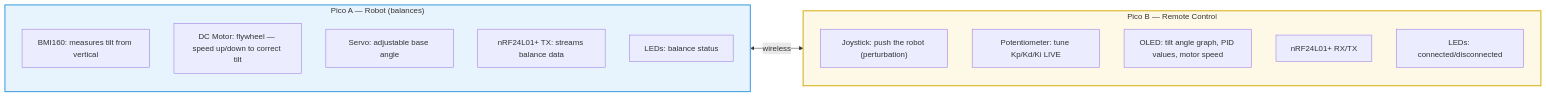
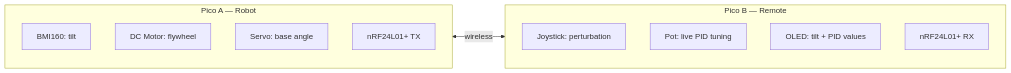
The fourth of 13 diagrams in docs/idea-shortlist-v2.md (doyun-gu/hack-a-bot-2026), drawn with Mermaid before and after one commit. The commit also changed other lines of this file and 3 other files, not shown here.

First line of the commit message:
Clean up diagrams + add EEE theory + ventilation application

````diff
--- a/docs/idea-shortlist-v2.md
+++ b/docs/idea-shortlist-v2.md
@@ -123,23 +113,18 @@
 ```mermaid
 graph LR
-    subgraph ROBOT["Pico A — Robot (balances)"]
-        R_IMU["BMI160: measures tilt from vertical"]
-        R_MOTOR["DC Motor: flywheel — speed up/down to correct tilt"]
-        R_SERVO["Servo: adjustable base angle"]
-        R_NRF["nRF24L01+ TX: streams balance data"]
-        R_LED["LEDs: balance status"]
+    subgraph ROBOT["Pico A — Robot"]
+        R1[BMI160: tilt]
+        R2[DC Motor: flywheel]
+        R3[Servo: base angle]
+        R4[nRF24L01+ TX]
     end
 
-    subgraph REMOTE["Pico B — Remote Control"]
-        C_JOY["Joystick: push the robot (perturbation)"]
-        C_POT["Potentiometer: tune Kp/Kd/Ki LIVE"]
-        C_OLED["OLED: tilt angle graph, PID values, motor speed"]
-        C_NRF["nRF24L01+ RX/TX"]
-        C_LED["LEDs: connected/disconnected"]
+    subgraph REMOTE["Pico B — Remote"]
+        C1[Joystick: perturbation]
+        C2[Pot: live PID tuning]
+        C3[OLED: tilt + PID values]
+        C4[nRF24L01+ RX]
     end
 
-    ROBOT <-->|"wireless"| REMOTE
-
-    style ROBOT fill:#e8f4fd,stroke:#3498db,stroke-width:2px
-    style REMOTE fill:#fef9e7,stroke:#d4ac0d,stroke-width:2px
+    ROBOT <-->|wireless| REMOTE
 ```
````
